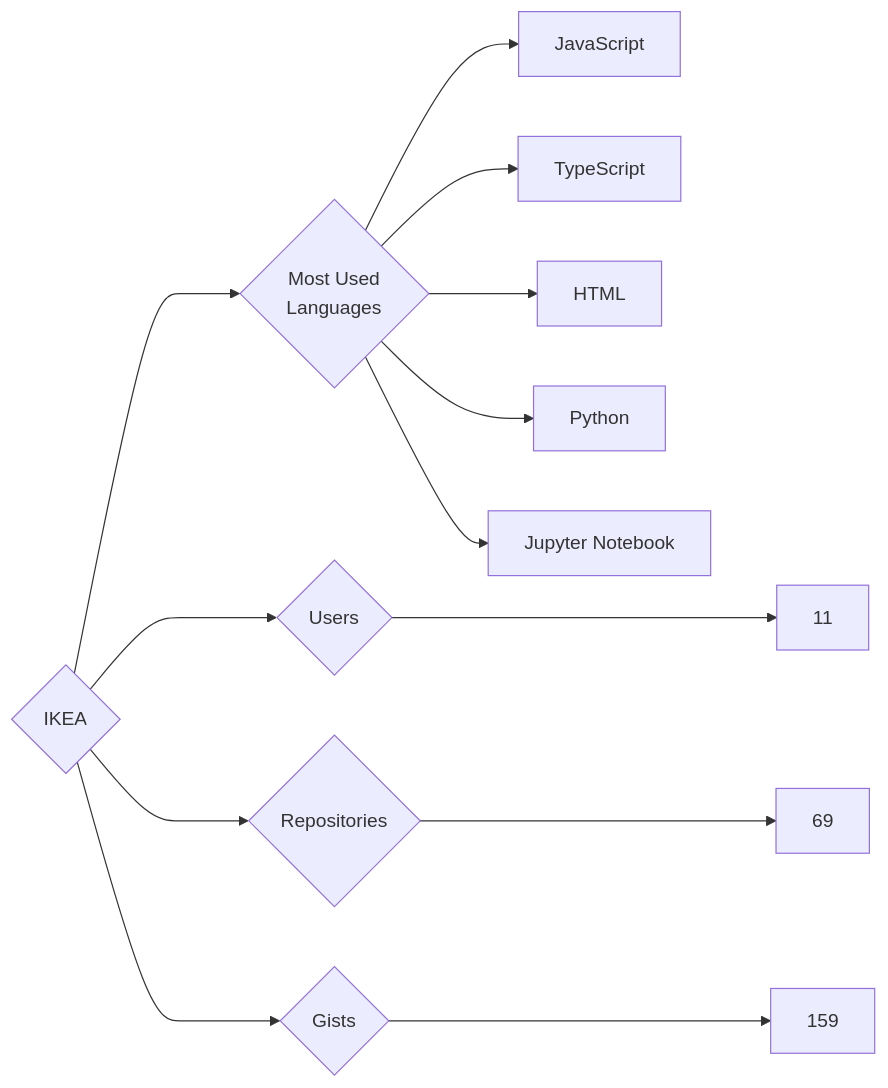
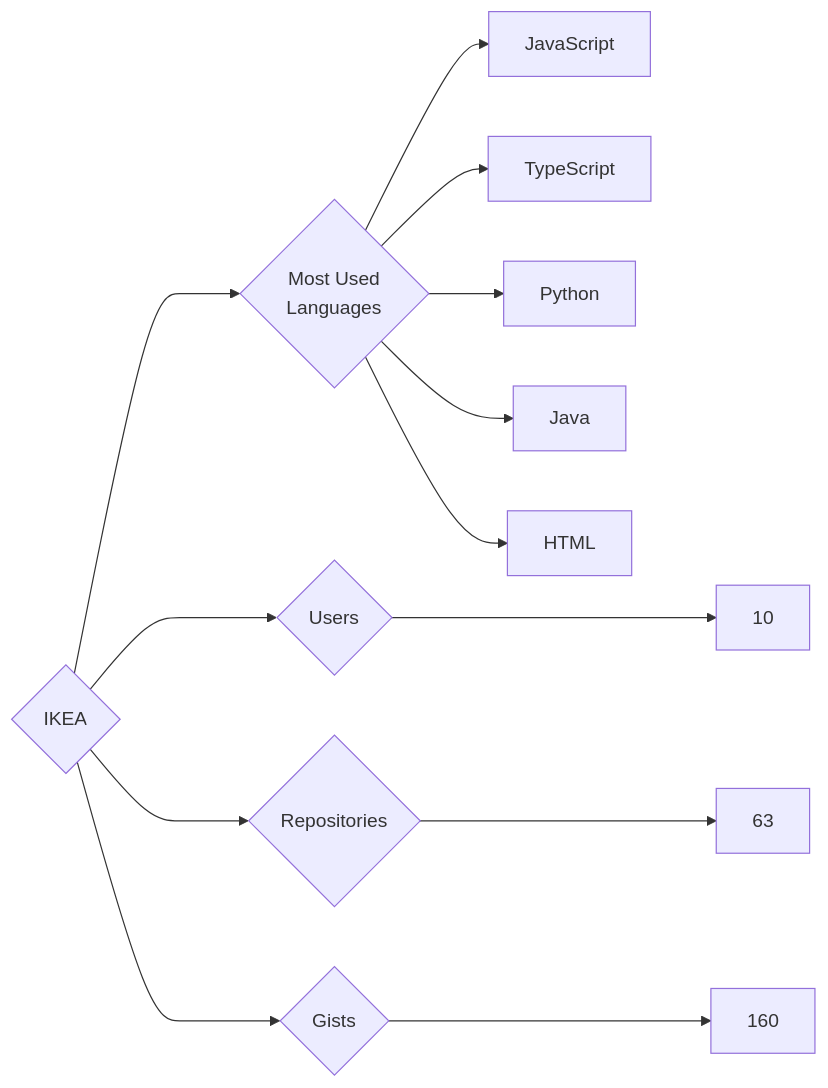
The diagram in targets/IKEA/README.md (trickest/insiders), drawn with Mermaid before and after one commit. The commit also changed 924 other files, not shown here.

````diff
--- a/targets/IKEA/README.md
+++ b/targets/IKEA/README.md
@@ -3,13 +3,13 @@
 ```mermaid
 graph LR
 COMPANY_NAME{IKEA}
-COMPANY_NAME ---> U{Users} ---> UN[11]
-COMPANY_NAME ---> R{Repositories} ---> RN[69]
-COMPANY_NAME ---> G{Gists} ---> GN[159]
+COMPANY_NAME ---> U{Users} ---> UN[10]
+COMPANY_NAME ---> R{Repositories} ---> RN[63]
+COMPANY_NAME ---> G{Gists} ---> GN[160]
 COMPANY_NAME ---> ML{Most Used<br>Languages}
 ML --> JavaScript[JavaScript]
 ML --> TypeScript[TypeScript]
+ML --> Python[Python]
+ML --> Java[Java]
 ML --> HTML[HTML]
-ML --> Python[Python]
-ML --> Jupyter_Notebook[Jupyter Notebook]
 ```
````
